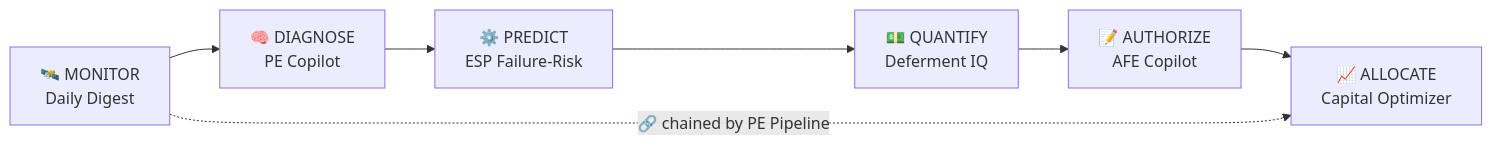
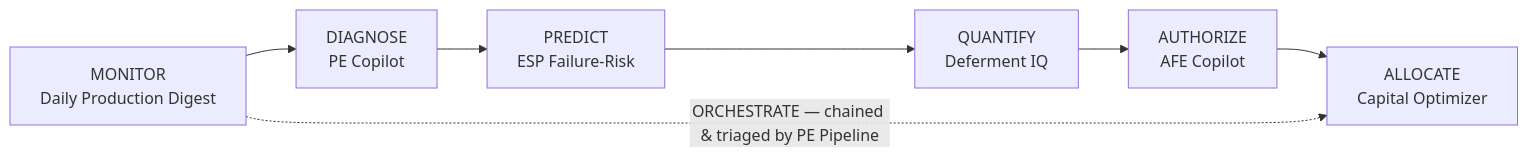
One commit to diazaeric1-droid/diazaeric1-droid changed the diagram in README.md. Above: the diagram before and after it, drawn with Mermaid. The commit also changed other lines of this file, not shown here.

Commit message:
Suite landing page: 7 Streamlit apps, decision loop, architecture + engineering notes

````diff
--- a/README.md
+++ b/README.md
@@ -14,9 +14,9 @@
 ```mermaid
 flowchart LR
-  A["🛰️ MONITOR<br/>Daily Digest"] --> B["🧠 DIAGNOSE<br/>PE Copilot"]
-  B --> C["⚙️ PREDICT<br/>ESP Failure-Risk"]
-  C --> D["💵 QUANTIFY<br/>Deferment IQ"]
-  D --> E["📝 AUTHORIZE<br/>AFE Copilot"]
-  E --> F["📈 ALLOCATE<br/>Capital Optimizer"]
-  A -. "🔗 chained by PE Pipeline" .-> F
+  A["MONITOR<br/>Daily Production Digest"] --> B["DIAGNOSE<br/>PE Copilot"]
+  B --> C["PREDICT<br/>ESP Failure-Risk"]
+  C --> D["QUANTIFY<br/>Deferment IQ"]
+  D --> E["AUTHORIZE<br/>AFE Copilot"]
+  E --> F["ALLOCATE<br/>Capital Optimizer"]
+  A -. "ORCHESTRATE — chained & triaged by PE Pipeline" .-> F
 ```
````
